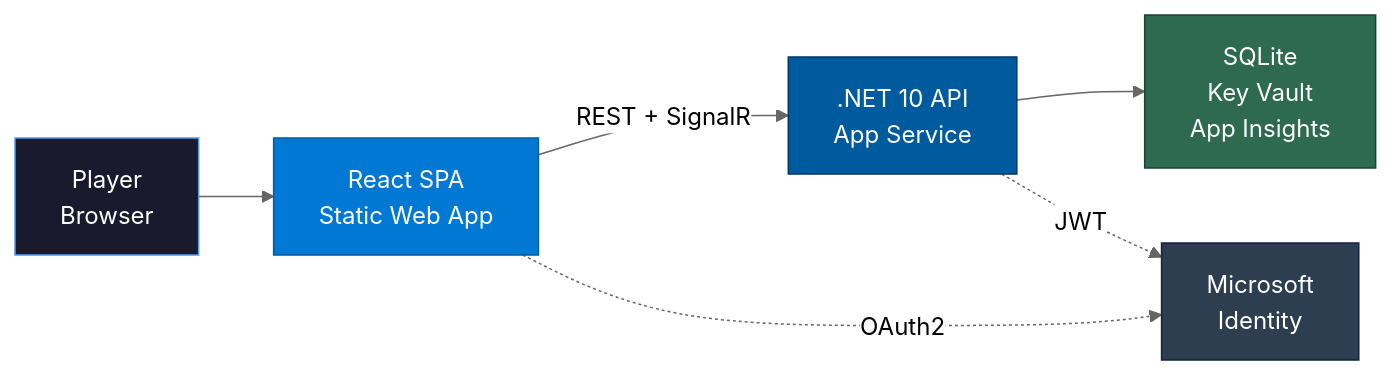
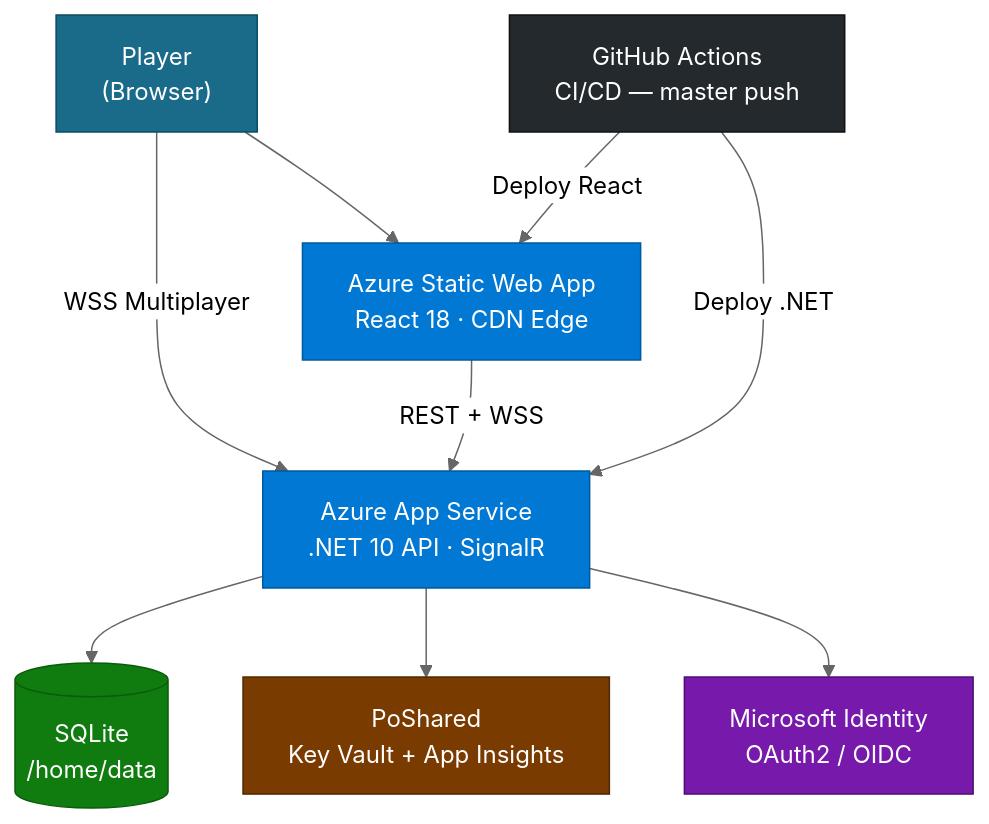
One commit to punkouter26/PoMiniGames changed the diagram in docs/Architecture_SIMPLE.mmd. Above: the diagram before and after it, drawn with Mermaid (neutral theme). The commit also changed 124 other files, not shown here.

```diff
--- a/docs/Architecture_SIMPLE.mmd
+++ b/docs/Architecture_SIMPLE.mmd
@@ -1,18 +1,23 @@
-flowchart LR
-    Player["Player\nBrowser"]
-    Client["React SPA\nStatic Web App"]
-    API[".NET 10 API\nApp Service"]
-    Data["SQLite\nKey Vault\nApp Insights"]
-    Auth["Microsoft\nIdentity"]
-
-    Player --> Client
-    Client -->|"REST + SignalR"| API
-    API --> Data
-    Client -.->|"OAuth2"| Auth
-    API -.->|"JWT"| Auth
-
-    style Player fill:#1a1a2e,stroke:#4e9af1,color:#fff
-    style Client fill:#0078d4,stroke:#005a9e,color:#fff
-    style API fill:#005a9e,stroke:#003567,color:#fff
-    style Data fill:#2d6a4f,stroke:#1b4332,color:#fff
-    style Auth fill:#2c3e50,stroke:#16213e,color:#fff
+flowchart TD
+    Player["Player\n(Browser)"]
+    SWA["Azure Static Web App\nReact 18 · CDN Edge"]
+    API["Azure App Service\n.NET 10 API · SignalR"]
+    DB[("SQLite\n/home/data")]
+    Shared["PoShared\nKey Vault + App Insights"]
+    MSID["Microsoft Identity\nOAuth2 / OIDC"]
+    GH["GitHub Actions\nCI/CD — master push"]
+    Player --> SWA
+    Player -- "WSS Multiplayer" --> API
+    SWA -- "REST + WSS" --> API
+    API --> DB
+    API --> Shared
+    API --> MSID
+    GH -- "Deploy React" --> SWA
+    GH -- "Deploy .NET" --> API
+    style Player fill:#1a6b8a,stroke:#0d4a66,color:#fff
+    style SWA fill:#0078d4,stroke:#005a9e,color:#fff
+    style API fill:#0078d4,stroke:#005a9e,color:#fff
+    style DB fill:#107c10,stroke:#0a5c0a,color:#fff
+    style Shared fill:#7a3b00,stroke:#4f2700,color:#fff
+    style MSID fill:#7719aa,stroke:#4e0f72,color:#fff
+    style GH fill:#24292e,stroke:#111111,color:#fff
```
